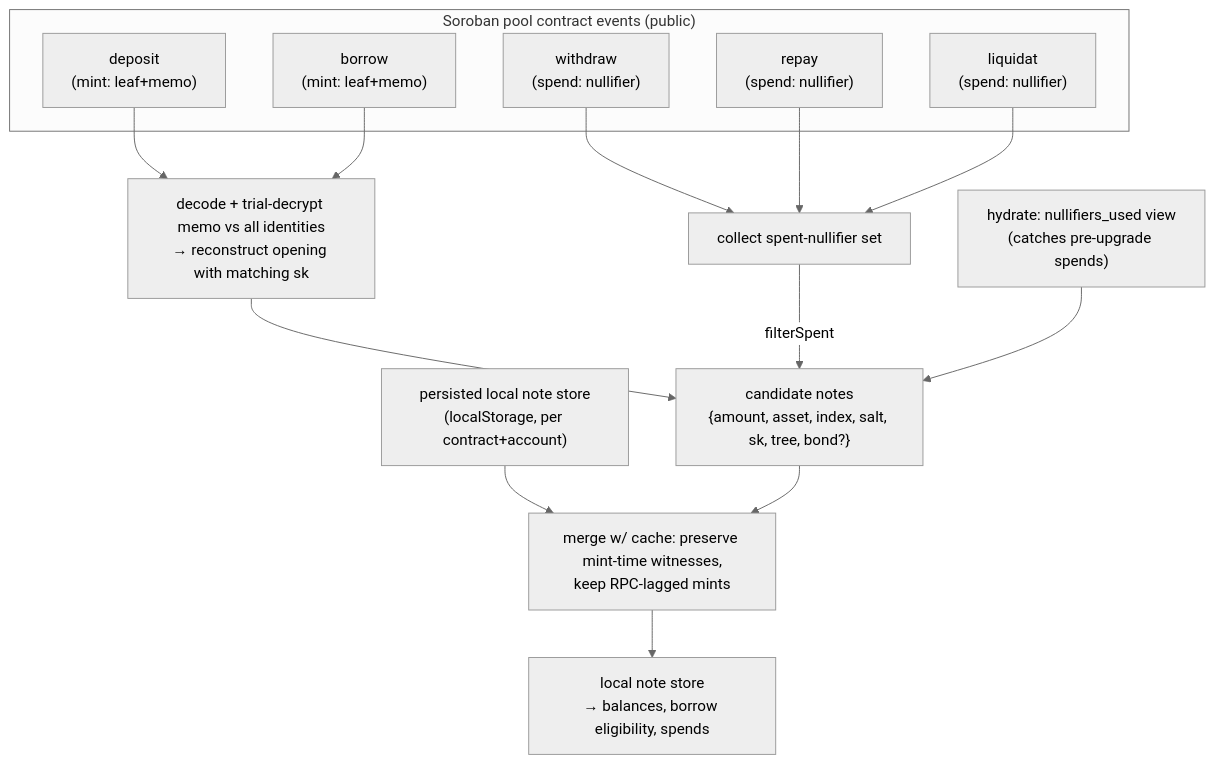
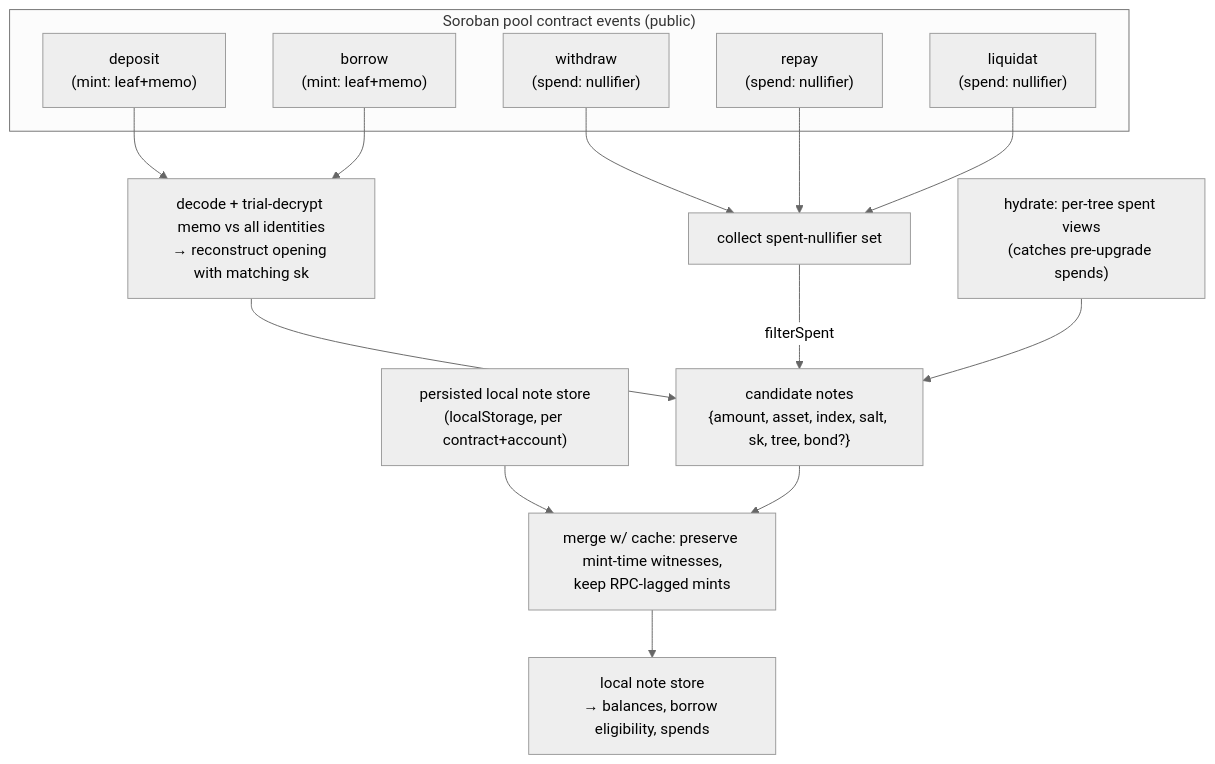
Before and after one commit to Whit3knight/StellarShield: the first of 2 diagrams in docs/WHITEPAPER.md, drawn with Mermaid (neutral theme). The commit also changed other lines of this file and 16 other files, not shown here.

````diff
--- a/docs/WHITEPAPER.md
+++ b/docs/WHITEPAPER.md
@@ -356,30 +356,30 @@
 ```mermaid
 flowchart TD
     subgraph events["Soroban pool contract events (public)"]
         deposit["deposit<br/>(mint: leaf+memo)"]
         borrow["borrow<br/>(mint: leaf+memo)"]
         withdraw["withdraw<br/>(spend: nullifier)"]
         repay["repay<br/>(spend: nullifier)"]
         liquidat["liquidat<br/>(spend: nullifier)"]
     end
 
     deposit --> decrypt
     borrow --> decrypt
     withdraw --> spent
     repay --> spent
     liquidat --> spent
 
     decrypt["decode + trial-decrypt memo vs all identities<br/>&rarr; reconstruct opening with matching sk"]
     spent["collect spent-nullifier set"]
 
     decrypt --> candidates
     spent -- filterSpent --> candidates
-    hydrate["hydrate: nullifiers_used view<br/>(catches pre-upgrade spends)"] --> candidates
+    hydrate["hydrate: per-tree spent views<br/>(catches pre-upgrade spends)"] --> candidates
 
     candidates["candidate notes<br/>{amount, asset, index, salt, sk, tree, bond?}"]
     cache["persisted local note store<br/>(localStorage, per contract+account)"] --> merge
 
     candidates --> merge
     merge["merge w/ cache: preserve mint-time witnesses,<br/>keep RPC-lagged mints"]
     merge --> store["local note store<br/>&rarr; balances, borrow eligibility, spends"]
 ```
````
